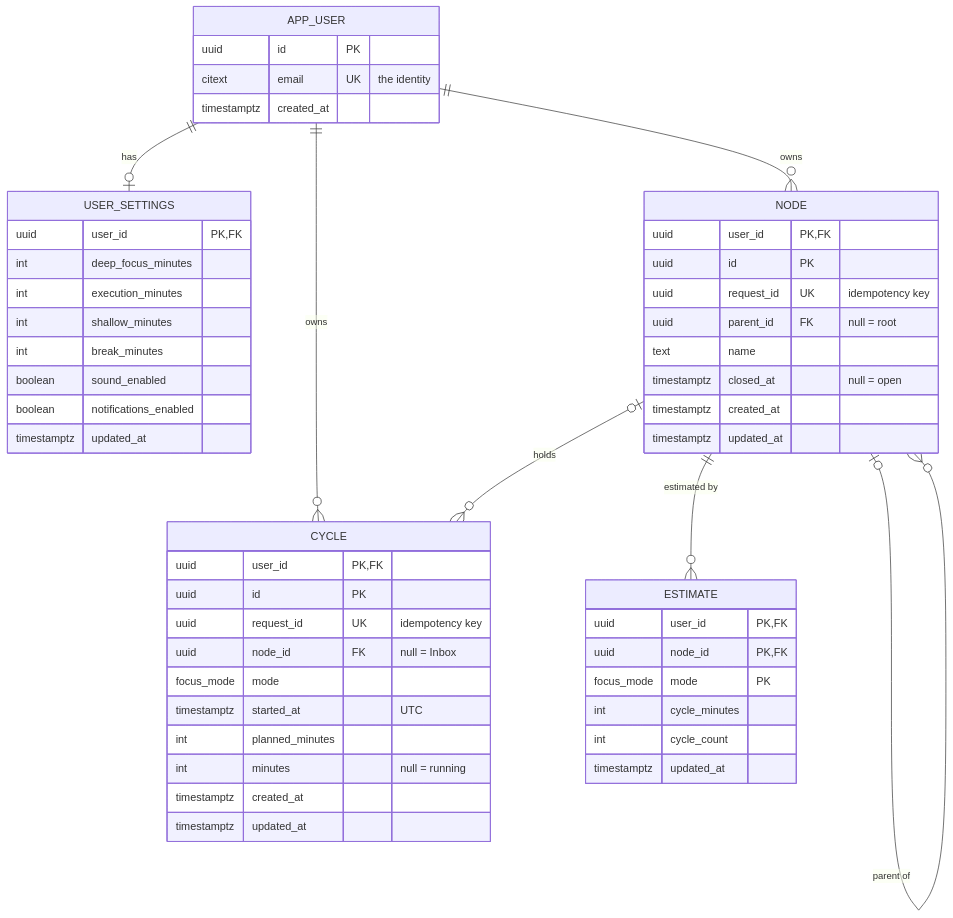
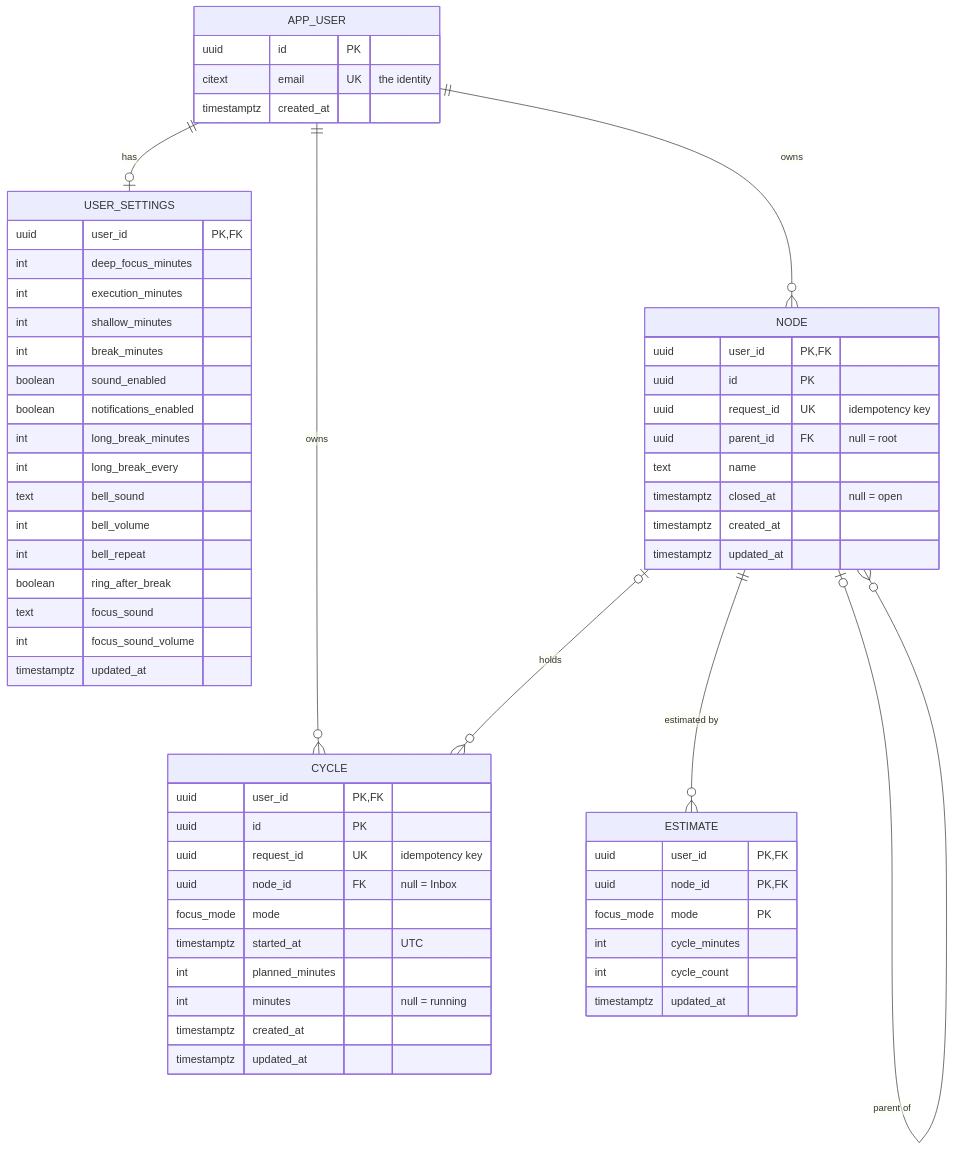
One commit to SaumyaKarnwal/focus-ledger changed the first of 2 diagrams in docs/schema.md. Above: the diagram before and after it, drawn with Mermaid. The commit also changed other lines of this file and 4 other files, not shown here.

````diff
--- a/docs/schema.md
+++ b/docs/schema.md
@@ -45,55 +45,63 @@
 ```mermaid
 erDiagram
     APP_USER ||--o| USER_SETTINGS : "has"
     APP_USER ||--o{ NODE : "owns"
     APP_USER ||--o{ CYCLE : "owns"
     NODE |o--o{ NODE : "parent of"
     NODE |o--o{ CYCLE : "holds"
     NODE ||--o{ ESTIMATE : "estimated by"
 
     APP_USER {
         uuid id PK
         citext email UK "the identity"
         timestamptz created_at
     }
     USER_SETTINGS {
         uuid user_id PK, FK
         int deep_focus_minutes
         int execution_minutes
         int shallow_minutes
         int break_minutes
         boolean sound_enabled
         boolean notifications_enabled
+        int long_break_minutes
+        int long_break_every
+        text bell_sound
+        int bell_volume
+        int bell_repeat
+        boolean ring_after_break
+        text focus_sound
+        int focus_sound_volume
         timestamptz updated_at
     }
     NODE {
         uuid user_id PK, FK
         uuid id PK
         uuid request_id UK "idempotency key"
         uuid parent_id FK "null = root"
         text name
         timestamptz closed_at "null = open"
         timestamptz created_at
         timestamptz updated_at
     }
     CYCLE {
         uuid user_id PK, FK
         uuid id PK
         uuid request_id UK "idempotency key"
         uuid node_id FK "null = Inbox"
         focus_mode mode
         timestamptz started_at "UTC"
         int planned_minutes
         int minutes "null = running"
         timestamptz created_at
         timestamptz updated_at
     }
     ESTIMATE {
         uuid user_id PK, FK
         uuid node_id PK, FK
         focus_mode mode PK
         int cycle_minutes
         int cycle_count
         timestamptz updated_at
     }
 ```
````
